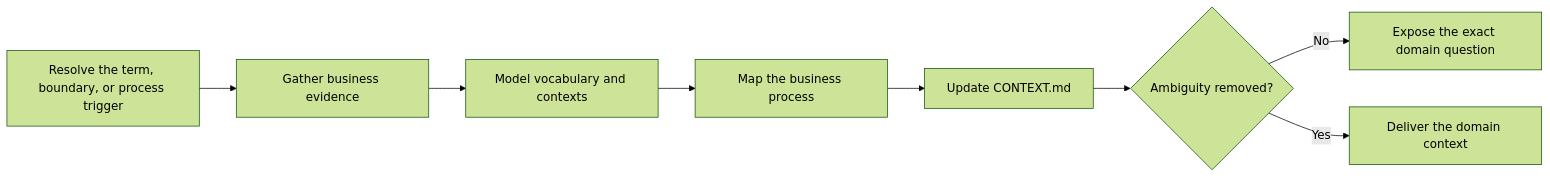
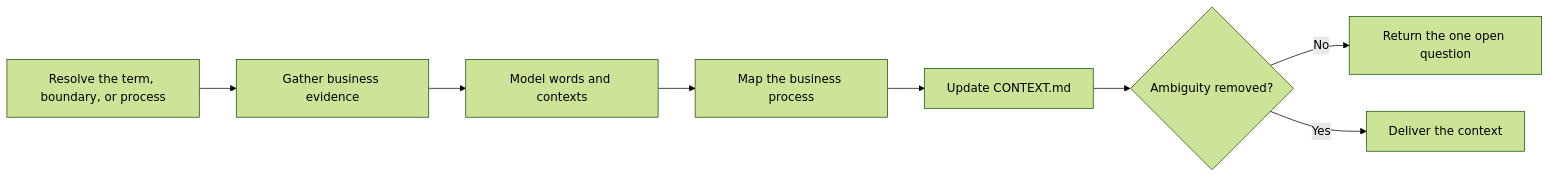
Before and after one commit to fam-tung-lam/ptlam-agent-plugin: the diagram in plugin/skills/ptlam-modeling-domain/SKILL.md, drawn with Mermaid (forest theme). The commit also changed other lines of this file and 1734 other files, not shown here.

````diff
--- a/plugin/skills/ptlam-modeling-domain/SKILL.md
+++ b/plugin/skills/ptlam-modeling-domain/SKILL.md
@@ -11,10 +11,10 @@
 ```mermaid
 flowchart LR
-    ResolveTrigger["Resolve the term, boundary, or process trigger"] --> GatherEvidence["Gather business evidence"]
-    GatherEvidence --> ModelLanguage["Model vocabulary and contexts"]
+    ResolveTrigger["Resolve the term, boundary, or process"] --> GatherEvidence["Gather business evidence"]
+    GatherEvidence --> ModelLanguage["Model words and contexts"]
     ModelLanguage --> MapProcess["Map the business process"]
     MapProcess --> UpdateContext["Update CONTEXT.md"]
     UpdateContext --> VerifyContext{"Ambiguity removed?"}
-    VerifyContext -->|"No"| ExposeQuestion["Expose the exact domain question"]
-    VerifyContext -->|"Yes"| DeliverContext["Deliver the domain context"]
+    VerifyContext -->|"No"| ExposeQuestion["Return the one open question"]
+    VerifyContext -->|"Yes"| DeliverContext["Deliver the context"]
 ```
````
